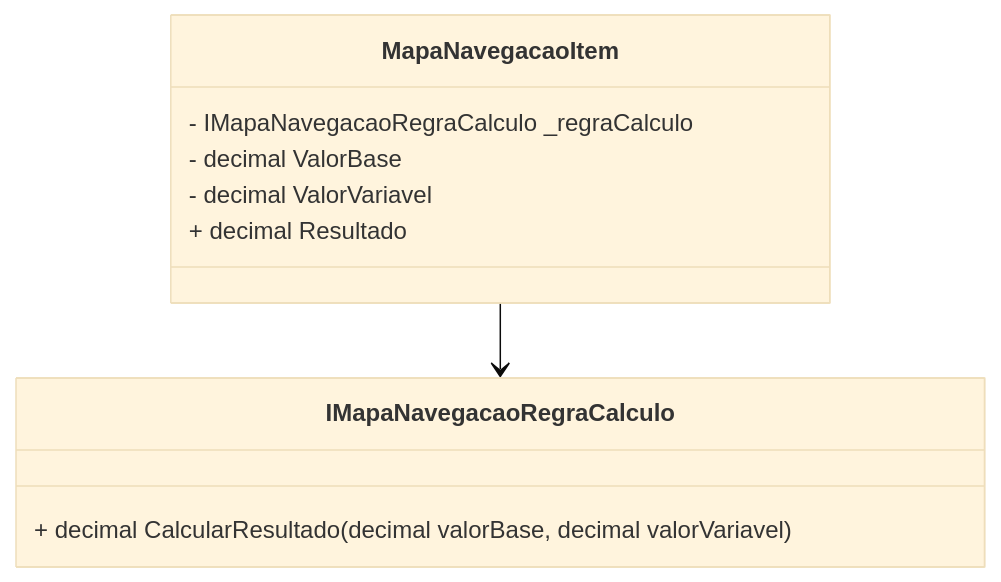
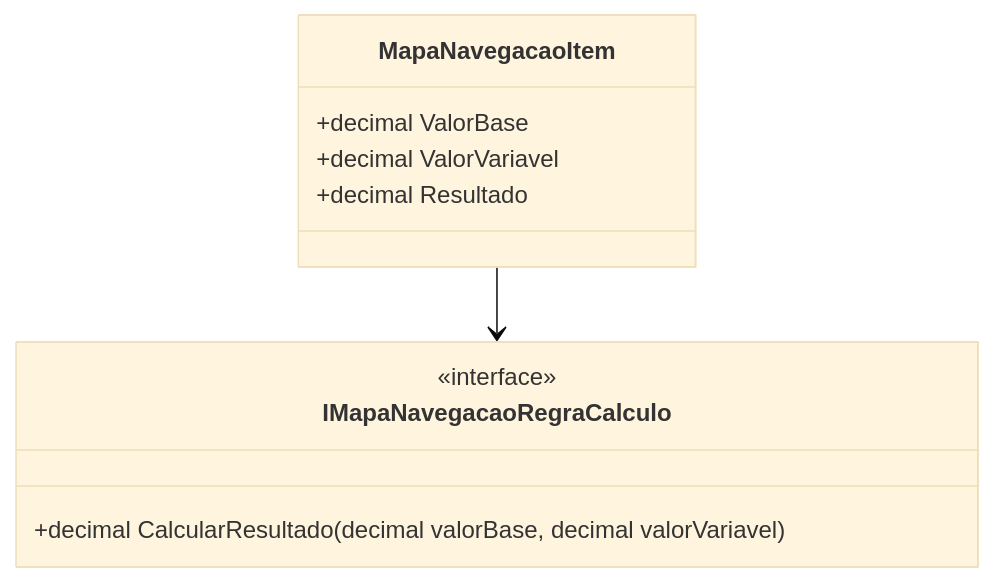
One commit to IsthmusSistemas/documentacao-tecnica changed the diagram in docs/b2b-dominio/IsthmusWinthor.Nucleo/IsthmusWinthor.Dominio/POCO/MapaNavegacaoDistribuidora/MapaNavegacaoItem.md. Above: the diagram before and after it, drawn with Mermaid (base theme). The commit also changed other lines of this file and 882 other files, not shown here.

````diff
--- a/docs/b2b-dominio/IsthmusWinthor.Nucleo/IsthmusWinthor.Dominio/POCO/MapaNavegacaoDistribuidora/MapaNavegacaoItem.md
+++ b/docs/b2b-dominio/IsthmusWinthor.Nucleo/IsthmusWinthor.Dominio/POCO/MapaNavegacaoDistribuidora/MapaNavegacaoItem.md
@@ -37,14 +30,14 @@
 ```mermaid
 classDiagram
     class MapaNavegacaoItem {
-        - IMapaNavegacaoRegraCalculo _regraCalculo
-        - decimal ValorBase
-        - decimal ValorVariavel
-        + decimal Resultado
+        +decimal ValorBase
+        +decimal ValorVariavel
+        +decimal Resultado
     }
     class IMapaNavegacaoRegraCalculo {
-        + decimal CalcularResultado(decimal valorBase, decimal valorVariavel)
+        <<interface>>
+        +decimal CalcularResultado(decimal valorBase, decimal valorVariavel)
     }
-    
+
     MapaNavegacaoItem --> IMapaNavegacaoRegraCalculo
-``` 
+```
````
